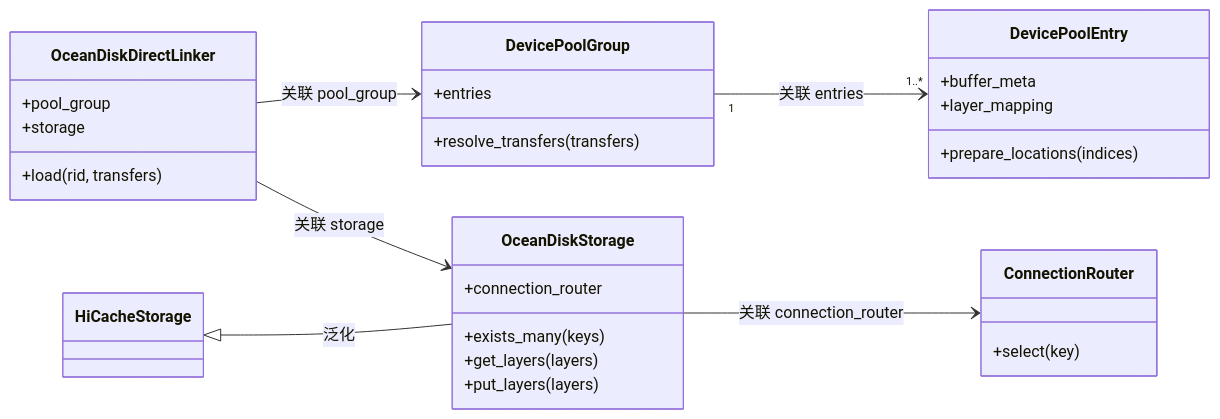
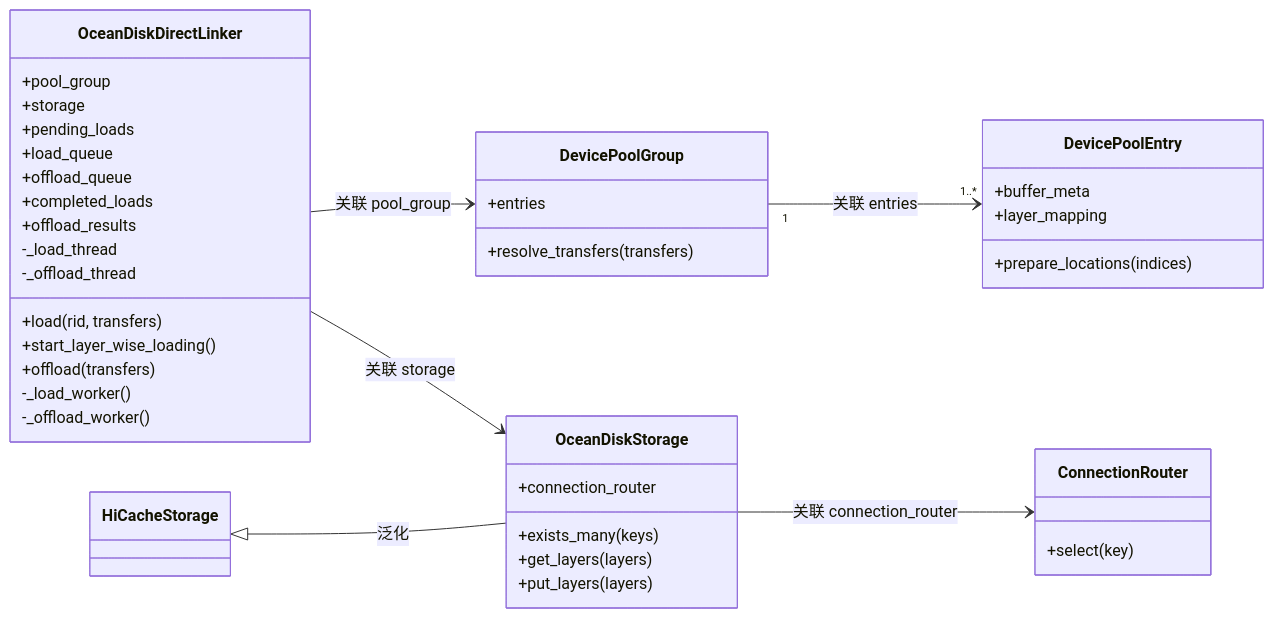
Before and after one commit to yuanzhg078/sglang: the fourth of 13 diagrams in oceandisk_pc_architecture_walkthrough.md, drawn with Mermaid. The commit also changed other lines of this file and 1 other file, not shown here.

````diff
--- a/oceandisk_pc_architecture_walkthrough.md
+++ b/oceandisk_pc_architecture_walkthrough.md
@@ -161,33 +163,44 @@
 ```mermaid
 classDiagram
     direction LR
     class OceanDiskDirectLinker {
         +pool_group
         +storage
+        +pending_loads
+        +load_queue
+        +offload_queue
+        +completed_loads
+        +offload_results
+        -_load_thread
+        -_offload_thread
         +load(rid, transfers)
+        +start_layer_wise_loading()
+        +offload(transfers)
+        -_load_worker()
+        -_offload_worker()
     }
     class DevicePoolGroup {
         +entries
         +resolve_transfers(transfers)
     }
     class DevicePoolEntry {
         +buffer_meta
         +layer_mapping
         +prepare_locations(indices)
     }
     class OceanDiskStorage {
         +connection_router
         +exists_many(keys)
         +get_layers(layers)
         +put_layers(layers)
     }
     class HiCacheStorage
     class ConnectionRouter {
         +select(key)
     }
     HiCacheStorage <|-- OceanDiskStorage : 泛化
     OceanDiskDirectLinker --> DevicePoolGroup : 关联 pool_group
     DevicePoolGroup "1" --> "1..*" DevicePoolEntry : 关联 entries
     OceanDiskDirectLinker --> OceanDiskStorage : 关联 storage
     OceanDiskStorage --> ConnectionRouter : 关联 connection_router
 ```
````
